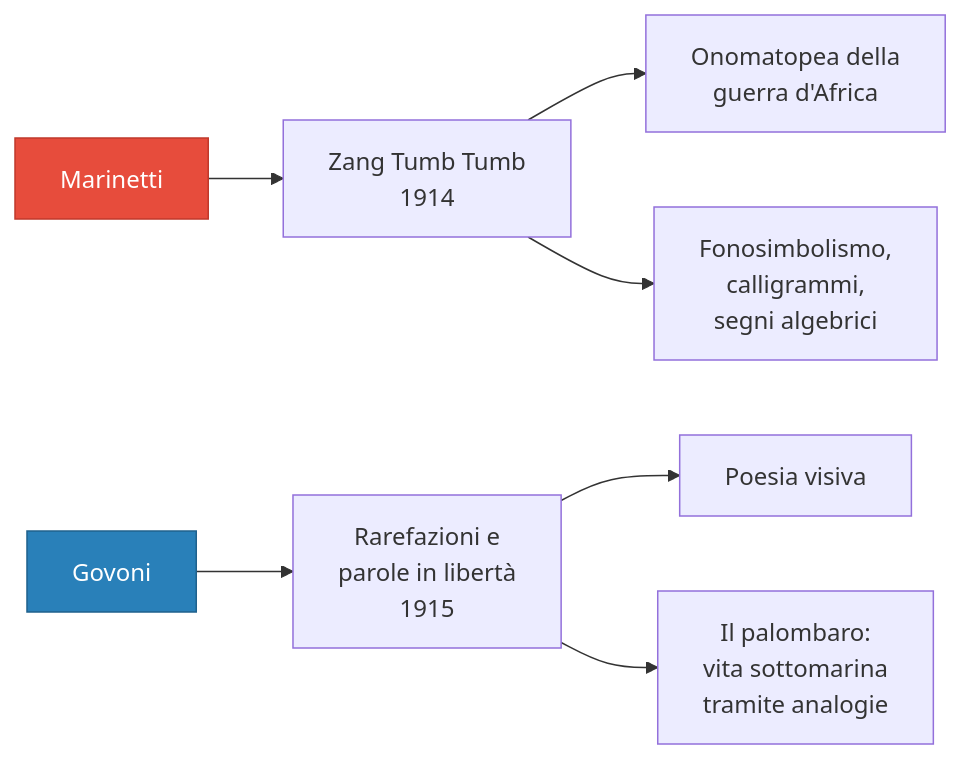
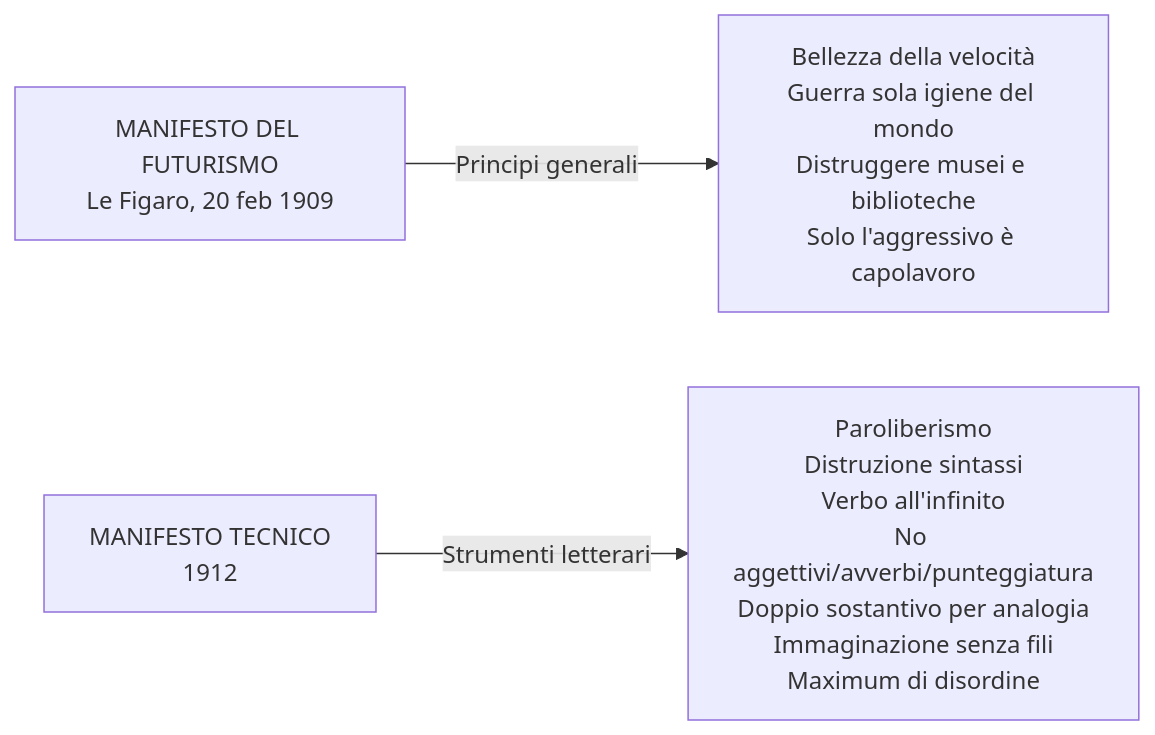
Before and after one commit to riccardo-algorime/appunti-5Bsa: the first of 2 diagrams in italiano/futurismo/ripasso.md, drawn with Mermaid. The commit also changed other lines of this file and 23 other files, not shown here.

````diff
--- a/italiano/futurismo/ripasso.md
+++ b/italiano/futurismo/ripasso.md
@@ -85,12 +25,5 @@
 ```mermaid
 flowchart LR
-    M["Marinetti"] --> ZTT["Zang Tumb Tumb<br/>1914"]
-    ZTT --> D1["Onomatopea della<br/>guerra d'Africa"]
-    ZTT --> D2["Fonosimbolismo,<br/>calligrammi,<br/>segni algebrici"]
-    G["Govoni"] --> RAR["Rarefazioni e<br/>parole in libertà<br/>1915"]
-    RAR --> D3["Poesia visiva"]
-    RAR --> PAL["Il palombaro:<br/>vita sottomarina<br/>tramite analogie"]
-
-    style M fill:#e74c3c,stroke:#c0392b,color:#fff
-    style G fill:#2980b9,stroke:#1f618d,color:#fff
+    A["MANIFESTO DEL FUTURISMO<br/>Le Figaro, 20 feb 1909"] -->|Principi generali| B["Bellezza della velocità<br/>Guerra sola igiene del mondo<br/>Distruggere musei e biblioteche<br/>Solo l'aggressivo è capolavoro"]
+    C["MANIFESTO TECNICO<br/>1912"] -->|Strumenti letterari| D["Paroliberismo<br/>Distruzione sintassi<br/>Verbo all'infinito<br/>No aggettivi/avverbi/punteggiatura<br/>Doppio sostantivo per analogia<br/>Immaginazione senza fili<br/>Maximum di disordine"]
 ```
````
